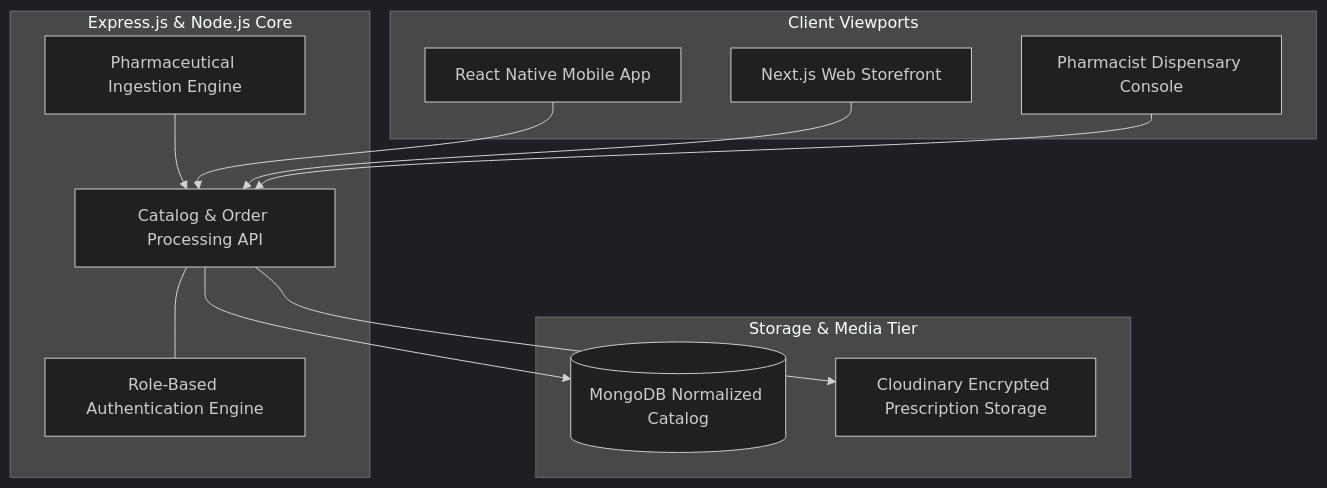
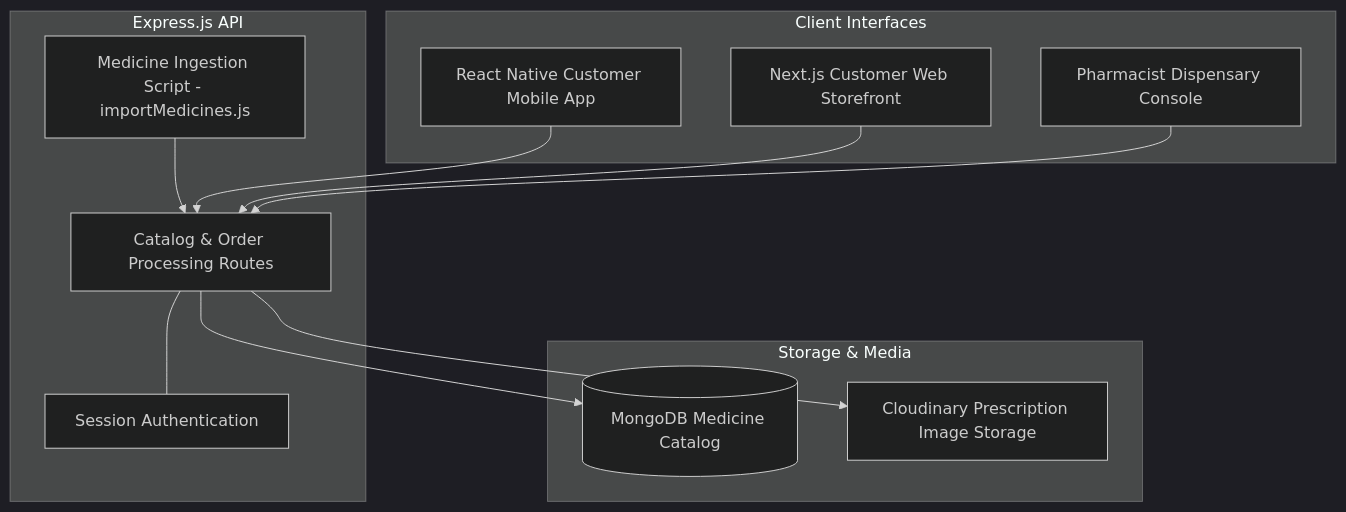
One commit to MuhammadRayyan08/health-hands-pharmacy changed the diagram in README.md. Above: the diagram before and after it, drawn with Mermaid (dark theme). The commit also changed other lines of this file, not shown here.

Commit message:
docs: describe real ingestion script and dispensary review flow without fluff

````diff
--- a/README.md
+++ b/README.md
@@ -22,27 +22,27 @@
 ```mermaid
 flowchart TD
-    subgraph Client Viewports
-        MOB[React Native Mobile App]
-        WEB[Next.js Web Storefront]
+    subgraph Client Interfaces
+        MOB[React Native Customer Mobile App]
+        WEB[Next.js Customer Web Storefront]
         DASH[Pharmacist Dispensary Console]
     end
 
-    subgraph Service Tier [Express.js & Node.js Core]
-        API[Catalog & Order Processing API]
-        SCRIPT[Pharmaceutical Ingestion Engine]
-        AUTH[Role-Based Authentication Engine]
+    subgraph Backend Core [Express.js API]
+        API[Catalog & Order Processing Routes]
+        SCRIPT[Medicine Ingestion Script - importMedicines.js]
+        AUTH[Session Authentication]
         API --- AUTH
         SCRIPT --> API
     end
 
-    subgraph Storage & Media Tier
-        DB[(MongoDB Normalized Catalog)]
-        CLOUD[Cloudinary Encrypted Prescription Storage]
+    subgraph Storage & Media
+        DB[(MongoDB Medicine Catalog)]
+        CLOUD[Cloudinary Prescription Image Storage]
         API --> DB
         API --> CLOUD
     end
 
     MOB --> API
     WEB --> API
     DASH --> API
 ```
````
